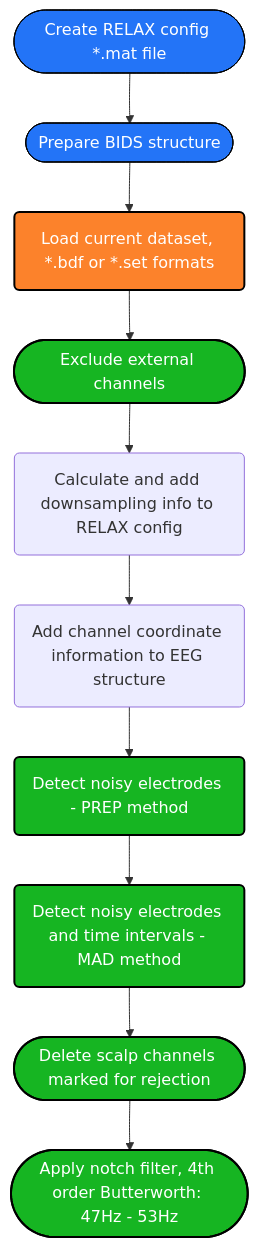
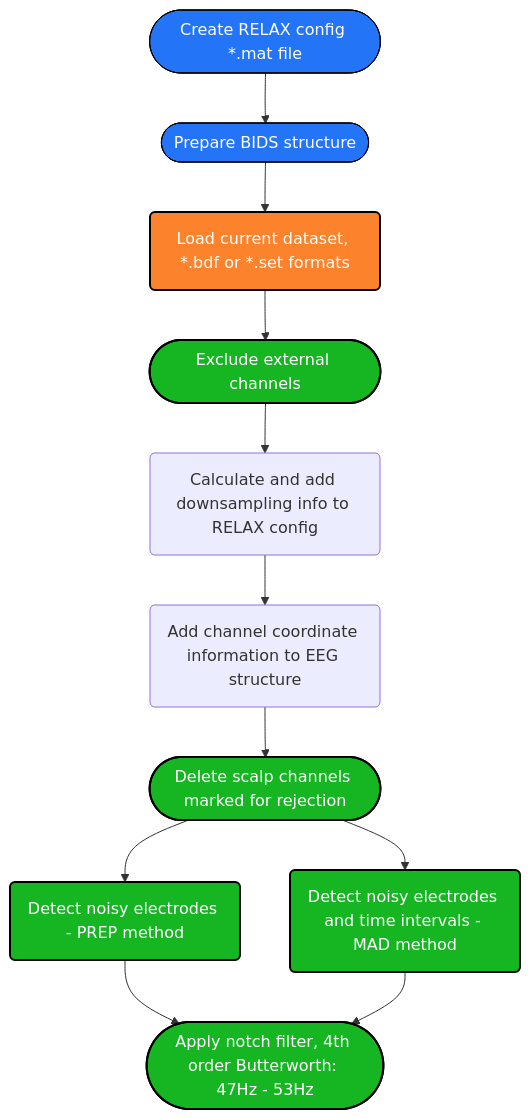
Before and after one commit to deebeebolger/Project_CeLaVie: the diagram in Pipeline_Datafow_Chart.md, drawn with Mermaid.

````diff
--- a/Pipeline_Datafow_Chart.md
+++ b/Pipeline_Datafow_Chart.md
@@ -1,31 +1,32 @@
 ```mermaid
 flowchart TD
 %% Colors %%
 
 classDef blue fill:#2374f7, stroke:#000, stroke-width: px, color:#fff
 classDef orange fill:#fc822b,stroke:#000,stroke-width:2px,color:#fff
 classDef green fill:#16b522,stroke:#000,stroke-width:2px,color:#fff
 classDef mintgreen fill:#4DAB9A,stroke:#000,stroke-width:2px,color:#fff
 classDef mandarine fill:#FFA344,stroke:#000,stroke-width:2px,color:#fff
 classDef aubergine fill:#9A6DD7,stroke:#000,stroke-width:2px,color:#fff
 classDef red fill:#D44C47,stroke:#000,stroke-width:2px,color:#fff
 classDef grey fill:#979A9B,stroke:#000,stroke-width:2px,color:#fff
 
 
 Config([Create RELAX config *.mat file]):::blue -->
 BIDS([Prepare BIDS structure]):::blue
 click Config "https://github.com/deebeebolger/Project_CeLaVie/blob/main/DataflowChart_pages/Create_RELAX_conf_file.md" "Link"
 click BIDS "https://github.com/deebeebolger/Project_CeLaVie/blob/main/DataflowChart_pages/BIDS_structure.md" "Link"
 BIDS --> Ld(Load current dataset, *.bdf or *.set formats):::orange
 --> EXRej([Exclude external channels]):::green
 click EXRej "https://github.com/deebeebolger/Project_CeLaVie/blob/main/DataflowChart_pages/Exclude_external_chans.md" _blank
 EXRej --> AddRS(Calculate and add downsampling info to RELAX config)
 click AddRS "https://github.com/deebeebolger/Project_CeLaVie/blob/main/DataflowChart_pages/Downsampling.md" "Link"
 AddRS --> AddChan(Add channel coordinate information to EEG structure)
 click AddChan "https://github.com/deebeebolger/Project_CeLaVie/blob/main/DataflowChart_pages/Add_Channels_coordinates.md" "Link"
-AddChan --> BadChanDetect(Detect noisy electrodes - PREP method):::green
-BadChanDetect --> BadChanTimeDetect(Detect noisy electrodes and time intervals - MAD method):::green
-BadChanTimeDetect --> ScalpRej([Delete scalp channels marked for rejection]):::green
-ScalpRej --> Notch([Apply notch filter, 4th order Butterworth: 47Hz - 53Hz]):::green
+AddChan --> ScalpRej([Delete scalp channels marked for rejection]):::green
+ScalpRej --> BadChanDetect(Detect noisy electrodes - PREP method):::green
+ScalpRej --> BadChanTimeDetect(Detect noisy electrodes and time intervals - MAD method):::green
+BadChanDetect --> Notch([Apply notch filter, 4th order Butterworth: 47Hz - 53Hz]):::green
+BadChanTimeDetect --> Notch([Apply notch filter, 4th order Butterworth: 47Hz - 53Hz]):::green
 click Notch "https://github.com/deebeebolger/Project_CeLaVie/blob/main/DataflowChart_pages/Add_Channels_coordinates.md" "Link"
 ```
````
